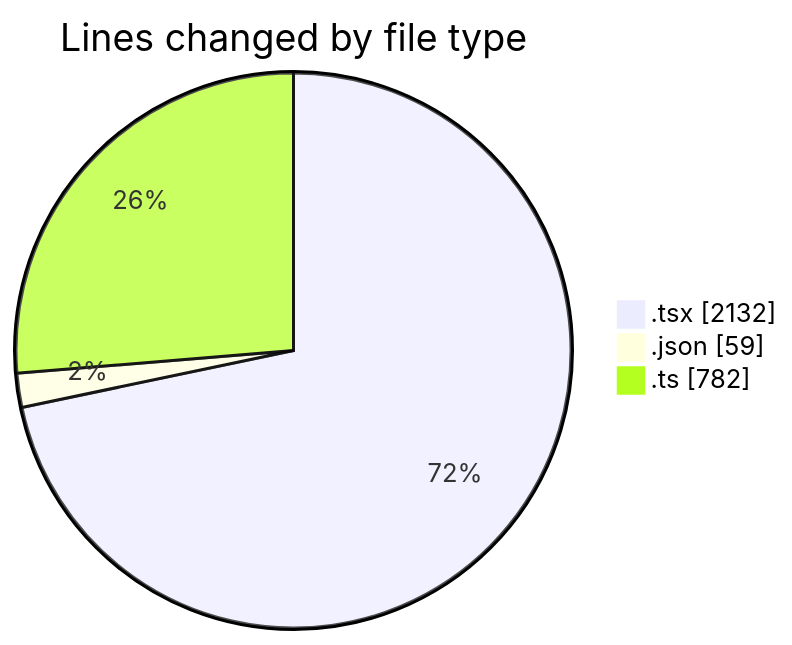
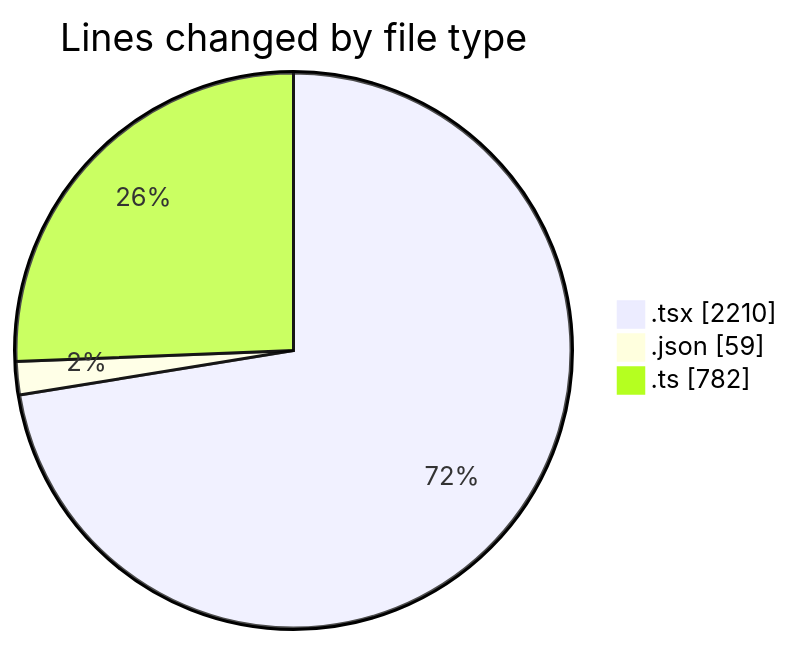
The first of 2 diagrams in 2025-11-24/cda/README.md (momahboobian/code-tracking), drawn with Mermaid before and after one commit. The commit also changed other lines of this file and 1 other file, not shown here.

````diff
--- a/2025-11-24/cda/README.md
+++ b/2025-11-24/cda/README.md
@@ -31,7 +31,7 @@
 ```mermaid
 pie showData
 title Lines changed by file type
-".tsx" : 2132
+".tsx" : 2210
 ".json" : 59
 ".ts" : 782
 ```
````
